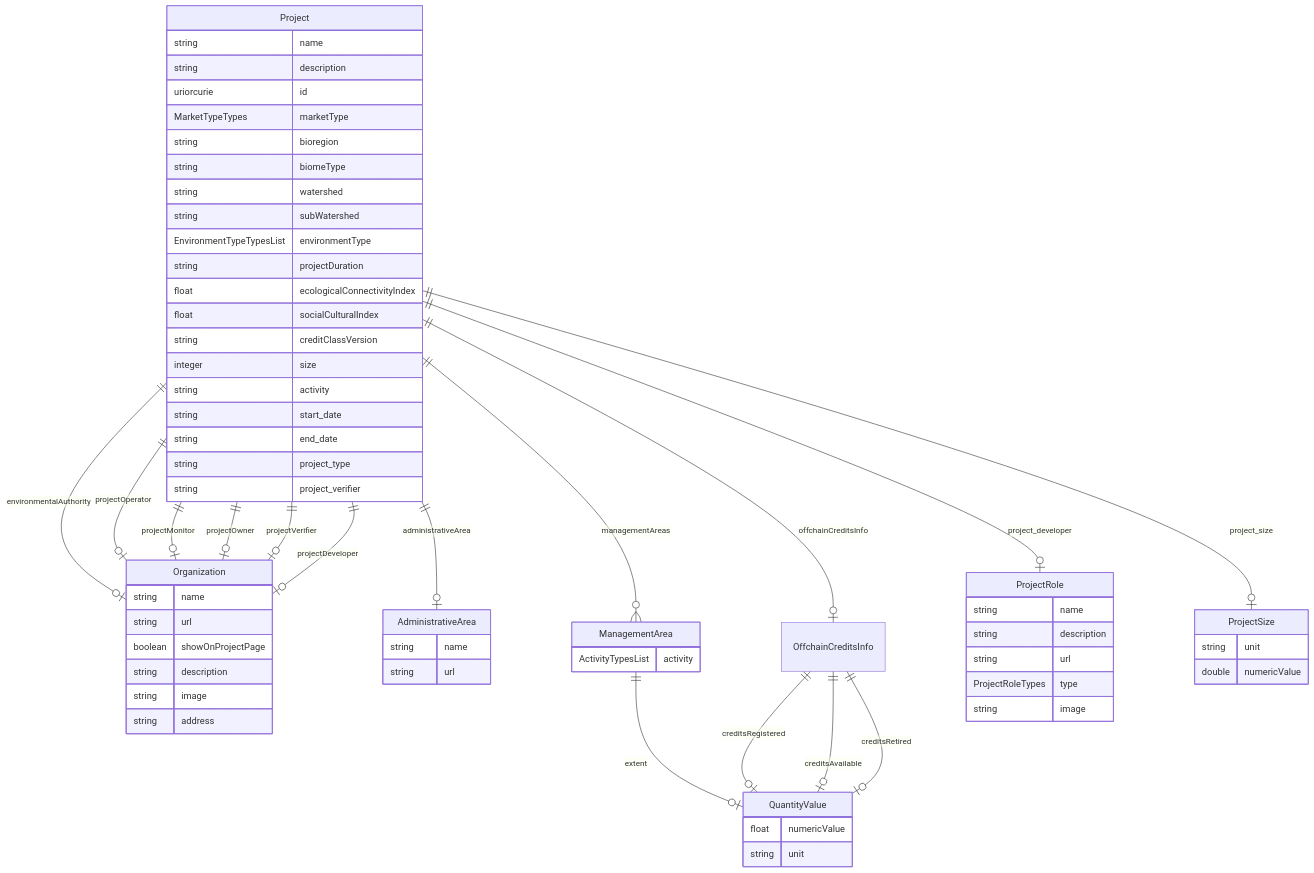
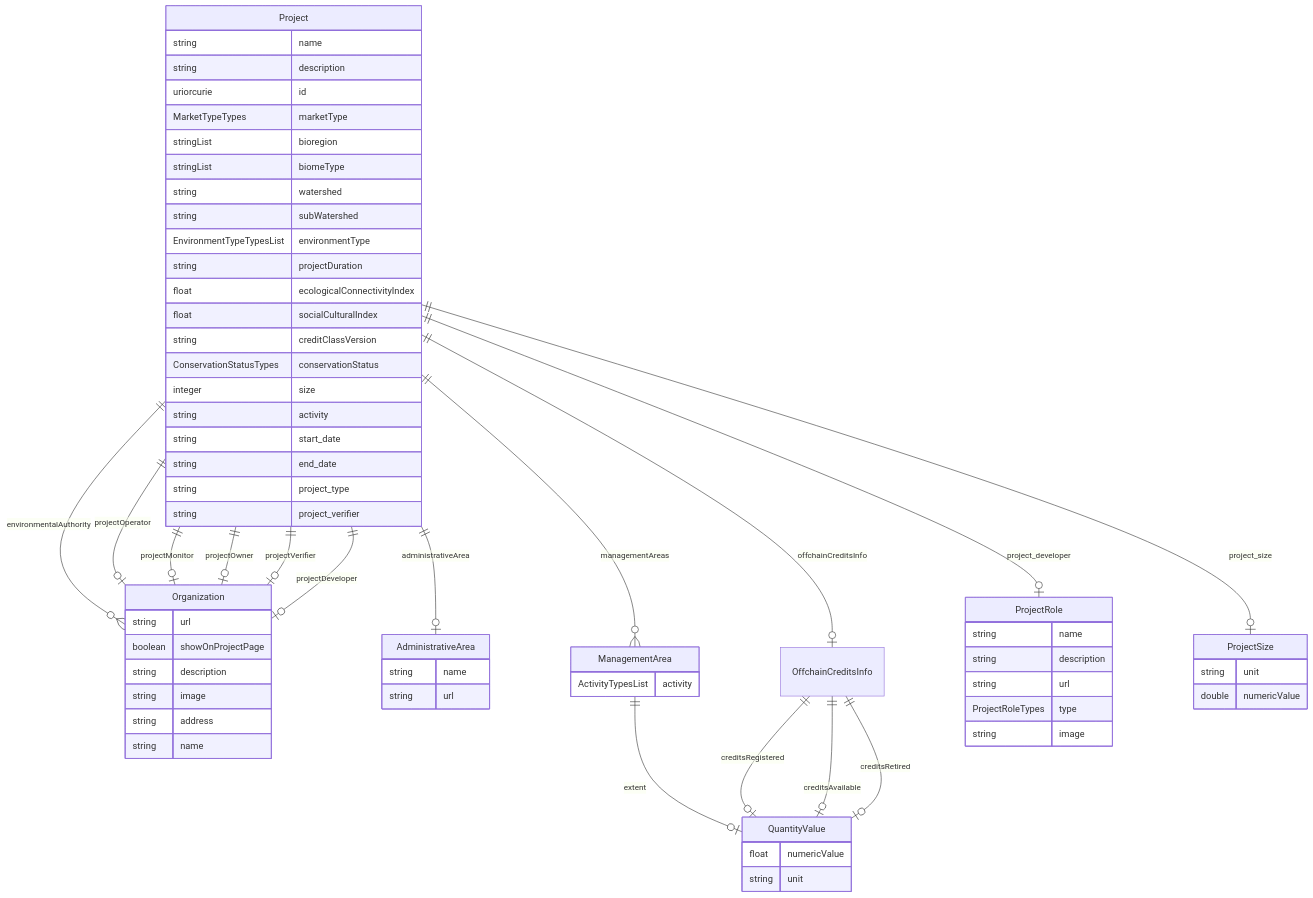
Before and after one commit to regen-network/regen-data-standards: the diagram in schema/generated/Project.md, drawn with Mermaid. The commit also changed other lines of this file and 15 other files, not shown here.

First line of the commit message:
Add conservationStatus field to project metadata (#20)

````diff
--- a/schema/generated/Project.md
+++ b/schema/generated/Project.md
@@ -11,74 +11,75 @@
 ```mermaid
 erDiagram
 Project {
     string name  
     string description  
     uriorcurie id  
     MarketTypeTypes marketType  
-    string bioregion  
-    string biomeType  
+    stringList bioregion  
+    stringList biomeType  
     string watershed  
     string subWatershed  
     EnvironmentTypeTypesList environmentType  
     string projectDuration  
     float ecologicalConnectivityIndex  
     float socialCulturalIndex  
     string creditClassVersion  
+    ConservationStatusTypes conservationStatus  
     integer size  
     string activity  
     string start_date  
     string end_date  
     string project_type  
     string project_verifier  
 }
 Organization {
-    string name  
     string url  
     boolean showOnProjectPage  
     string description  
     string image  
     string address  
+    string name  
 }
 AdministrativeArea {
     string name  
     string url  
 }
 ManagementArea {
     ActivityTypesList activity  
 }
 QuantityValue {
     float numericValue  
     string unit  
 }
 OffchainCreditsInfo {
 
 }
 ProjectRole {
     string name  
     string description  
     string url  
     ProjectRoleTypes type  
     string image  
 }
 ProjectSize {
     string unit  
     double numericValue  
 }
 
 Project ||--|o ProjectSize : "project_size"
 Project ||--|o ProjectRole : "project_developer"
-Project ||--|o Organization : "environmentalAuthority"
+Project ||--}o Organization : "environmentalAuthority"
 Project ||--|o OffchainCreditsInfo : "offchainCreditsInfo"
 Project ||--}o ManagementArea : "managementAreas"
 Project ||--|o AdministrativeArea : "administrativeArea"
 Project ||--|o Organization : "projectOperator"
 Project ||--|o Organization : "projectMonitor"
 Project ||--|o Organization : "projectOwner"
 Project ||--|o Organization : "projectVerifier"
 Project ||--|o Organization : "projectDeveloper"
 ManagementArea ||--|o QuantityValue : "extent"
 OffchainCreditsInfo ||--|o QuantityValue : "creditsRegistered"
 OffchainCreditsInfo ||--|o QuantityValue : "creditsAvailable"
 OffchainCreditsInfo ||--|o QuantityValue : "creditsRetired"
 
 ```
````
